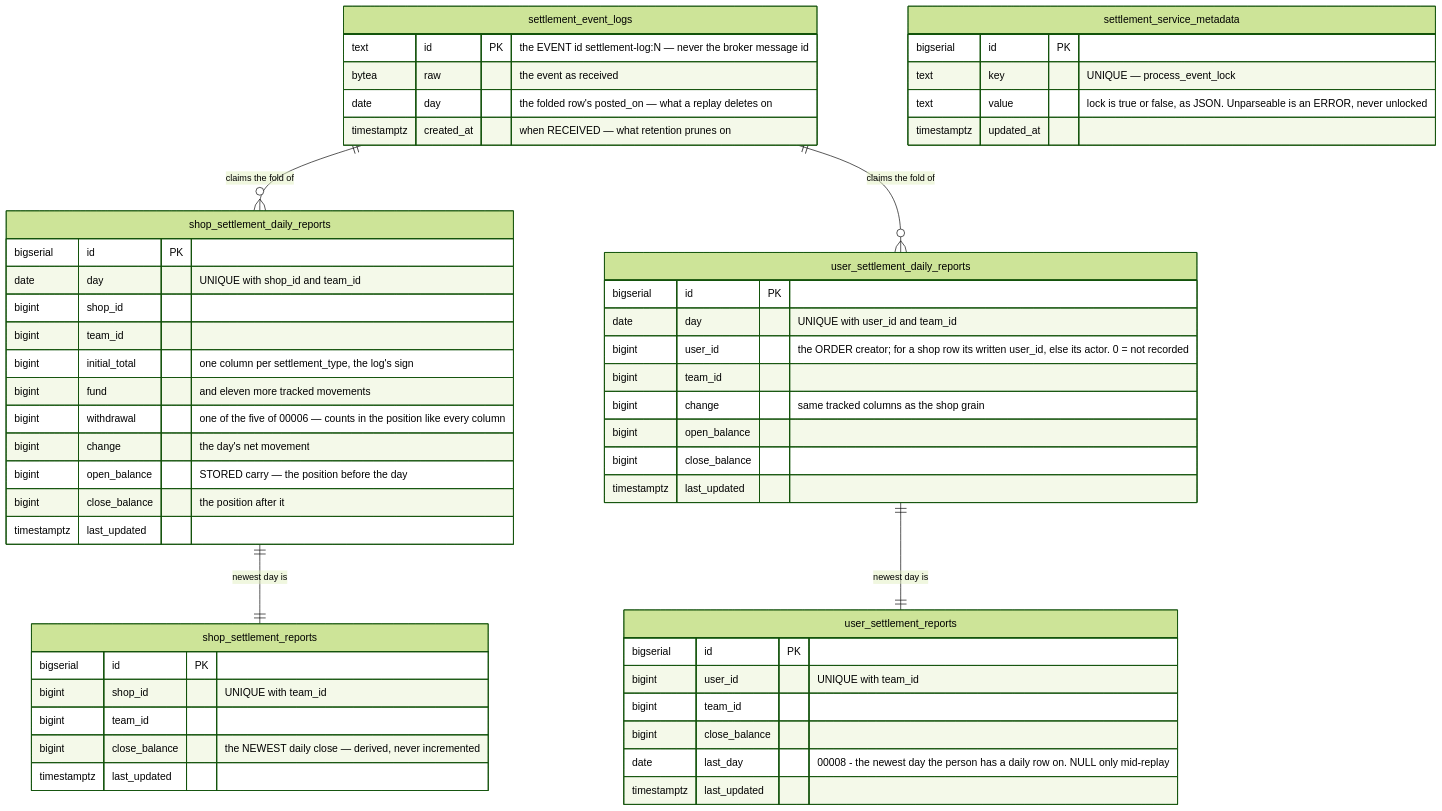
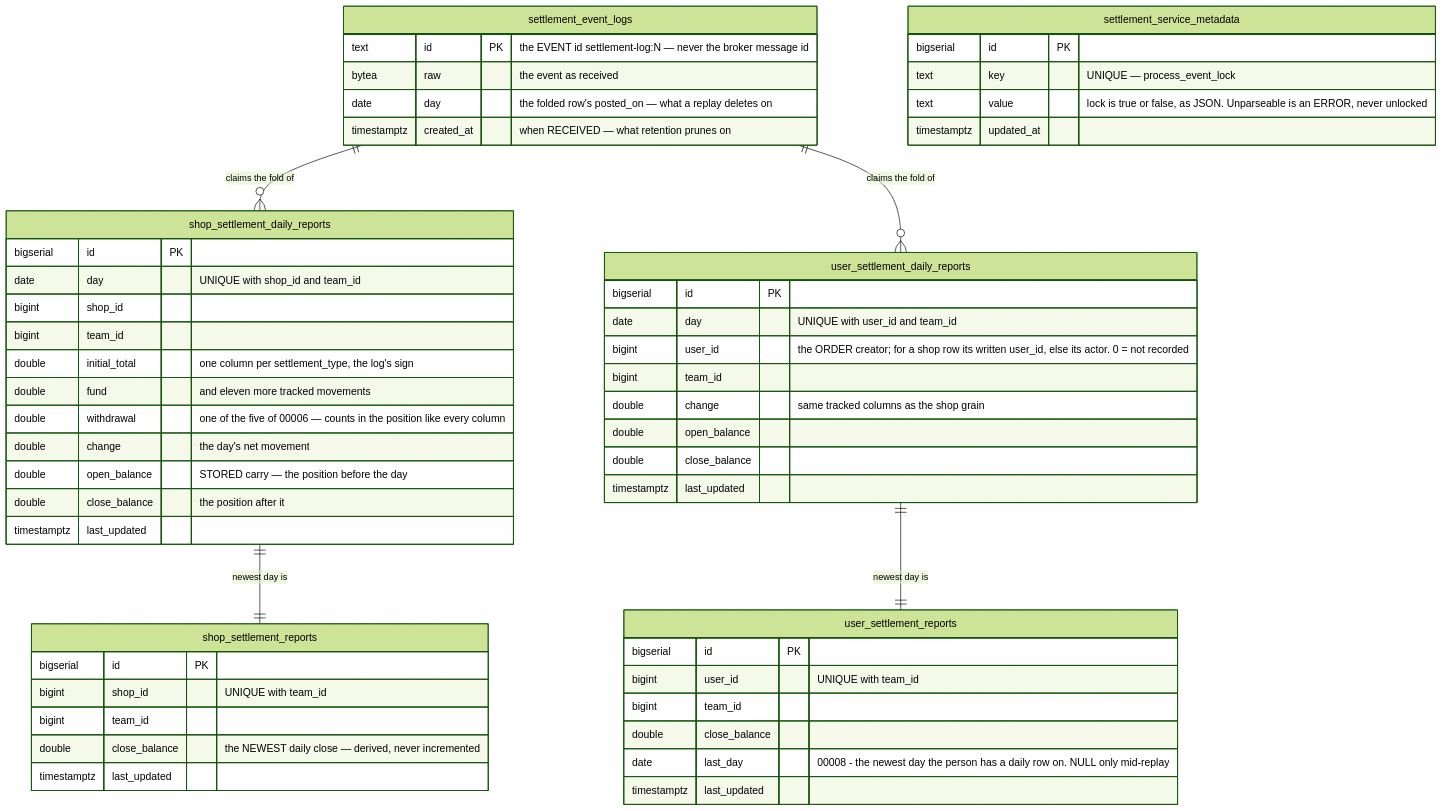
One commit to pdcgo/warehouse_revamp changed diagram 19 of 23 in docs/database-schema.md. Above: the diagram before and after it, drawn with Mermaid (forest theme). The commit also changed other lines of this file and 445 other files, not shown here.

````diff
--- a/docs/database-schema.md
+++ b/docs/database-schema.md
@@ -2106,63 +2150,63 @@
 ```mermaid
 erDiagram
   settlement_event_logs {
     text id PK "the EVENT id settlement-log:N — never the broker message id"
     bytea raw "the event as received"
     date day "the folded row's posted_on — what a replay deletes on"
     timestamptz created_at "when RECEIVED — what retention prunes on"
   }
 
   shop_settlement_daily_reports {
     bigserial id PK
     date day "UNIQUE with shop_id and team_id"
     bigint shop_id
     bigint team_id
-    bigint initial_total "one column per settlement_type, the log's sign"
-    bigint fund "and eleven more tracked movements"
-    bigint withdrawal "one of the five of 00006 — counts in the position like every column"
-    bigint change "the day's net movement"
-    bigint open_balance "STORED carry — the position before the day"
-    bigint close_balance "the position after it"
+    double initial_total "one column per settlement_type, the log's sign"
+    double fund "and eleven more tracked movements"
+    double withdrawal "one of the five of 00006 — counts in the position like every column"
+    double change "the day's net movement"
+    double open_balance "STORED carry — the position before the day"
+    double close_balance "the position after it"
     timestamptz last_updated
   }
 
   user_settlement_daily_reports {
     bigserial id PK
     date day "UNIQUE with user_id and team_id"
     bigint user_id "the ORDER creator; for a shop row its written user_id, else its actor. 0 = not recorded"
     bigint team_id
-    bigint change "same tracked columns as the shop grain"
-    bigint open_balance
-    bigint close_balance
+    double change "same tracked columns as the shop grain"
+    double open_balance
+    double close_balance
     timestamptz last_updated
   }
 
   shop_settlement_reports {
     bigserial id PK
     bigint shop_id "UNIQUE with team_id"
     bigint team_id
-    bigint close_balance "the NEWEST daily close — derived, never incremented"
+    double close_balance "the NEWEST daily close — derived, never incremented"
     timestamptz last_updated
   }
 
   user_settlement_reports {
     bigserial id PK
     bigint user_id "UNIQUE with team_id"
     bigint team_id
-    bigint close_balance
+    double close_balance
     date last_day "00008 - the newest day the person has a daily row on. NULL only mid-replay"
     timestamptz last_updated
   }
 
   settlement_service_metadata {
     bigserial id PK
     text key "UNIQUE — process_event_lock"
     text value "lock is true or false, as JSON. Unparseable is an ERROR, never unlocked"
     timestamptz updated_at
   }
 
   settlement_event_logs ||--o{ shop_settlement_daily_reports : "claims the fold of"
   settlement_event_logs ||--o{ user_settlement_daily_reports : "claims the fold of"
   shop_settlement_daily_reports ||--|| shop_settlement_reports : "newest day is"
   user_settlement_daily_reports ||--|| user_settlement_reports : "newest day is"
 ```
````
